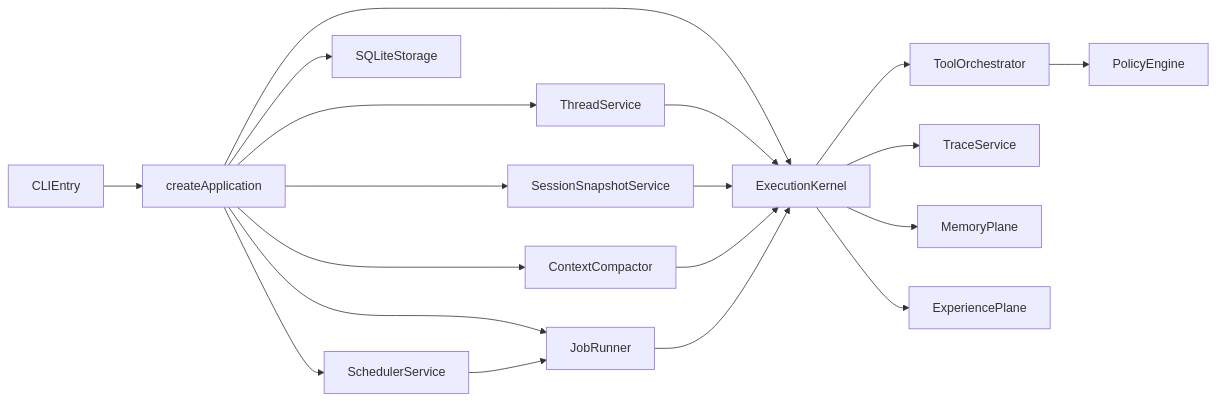
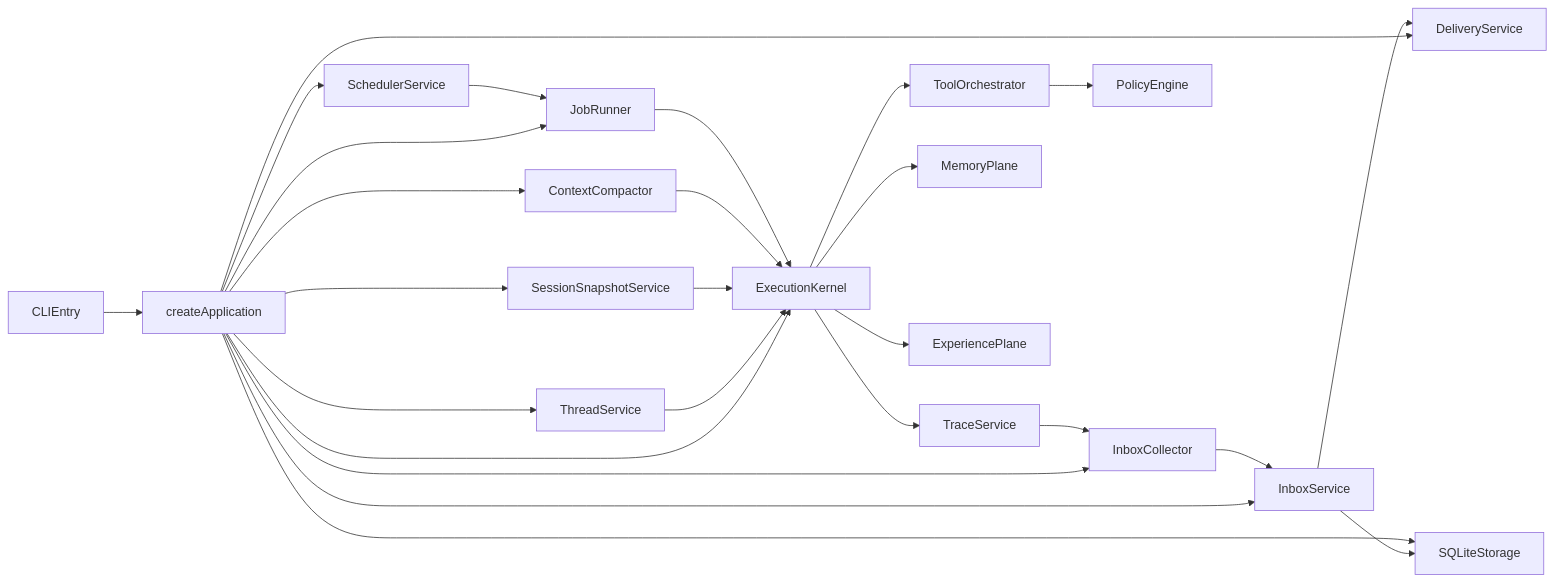
The diagram in docs/dev/architecture.md (XD319/tentaclaw), drawn with Mermaid before and after one commit. The commit also changed other lines of this file and 29 other files, not shown here.

First line of the commit message:
Add runtime inbox delivery pipeline across CLI and gateway.

````diff
--- a/docs/dev/architecture.md
+++ b/docs/dev/architecture.md
@@ -3,21 +3,28 @@
 ```mermaid
 flowchart LR
   CLI[CLIEntry] --> Bootstrap[createApplication]
   Bootstrap --> SchedulerSvc[SchedulerService]
   Bootstrap --> JobRunner[JobRunner]
+  Bootstrap --> DeliverySvc[DeliveryService]
+  Bootstrap --> InboxSvc[InboxService]
+  Bootstrap --> InboxCollector[InboxCollector]
   Bootstrap --> ThreadSvc[ThreadService]
   Bootstrap --> SnapshotSvc[SessionSnapshotService]
   Bootstrap --> CtxCompactor[ContextCompactor]
   Bootstrap --> Kernel[ExecutionKernel]
   ThreadSvc --> Kernel
   SnapshotSvc --> Kernel
   CtxCompactor --> Kernel
   SchedulerSvc --> JobRunner
   JobRunner --> Kernel
+  Trace --> InboxCollector
+  InboxCollector --> InboxSvc
+  InboxSvc --> Storage
+  InboxSvc --> DeliverySvc
   Kernel --> Tools[ToolOrchestrator]
   Tools --> Policy[PolicyEngine]
   Kernel --> Trace[TraceService]
   Kernel --> Memory[MemoryPlane]
   Kernel --> Experience[ExperiencePlane]
   Bootstrap --> Storage[SQLiteStorage]
 ```
````
